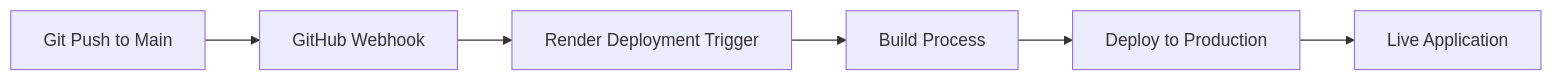
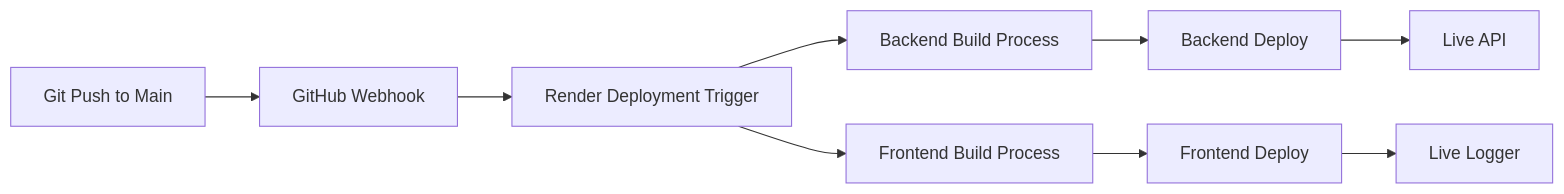
One commit to savagecarol/COMP41770Project_Kartikeya_Sharma changed the second of 2 diagrams in README.md. Above: the diagram before and after it, drawn with Mermaid. The commit also changed other lines of this file, not shown here.

````diff
--- a/README.md
+++ b/README.md
@@ -102,8 +180,11 @@
 ```mermaid
 flowchart LR
     A[Git Push to Main] --> B[GitHub Webhook]
     B --> C[Render Deployment Trigger]
-    C --> D[Build Process]
-    D --> E[Deploy to Production]
-    E --> F[Live Application]
+    C --> D[Backend Build Process]
+    C --> E[Frontend Build Process]
+    D --> F[Backend Deploy]
+    E --> G[Frontend Deploy]
+    F --> H[Live API]
+    G --> I[Live Logger]
 ```
````
